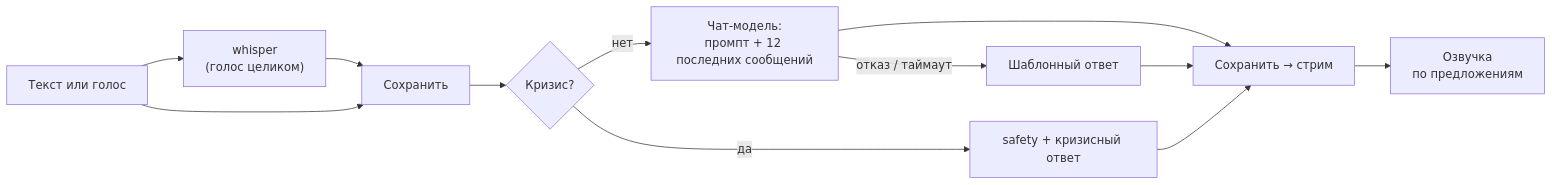
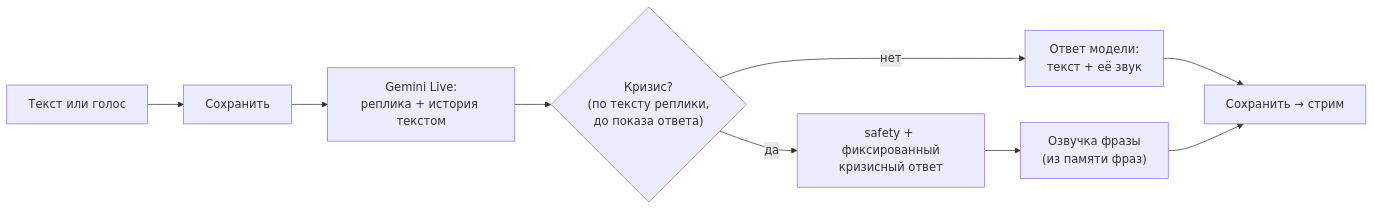
Before and after one commit to playa69/ryadom: the fourth of 4 diagrams in README.md, drawn with Mermaid. The commit also changed other lines of this file and 9 other files, not shown here.

````diff
--- a/README.md
+++ b/README.md
@@ -237,14 +239,11 @@
 ```mermaid
 flowchart LR
-  IN["Текст или голос"] --> STT["whisper<br/>(голос целиком)"]
-  STT --> SAVE["Сохранить"]
-  IN --> SAVE
-  SAVE --> CR{"Кризис?"}
-  CR -->|да| SF["safety + кризисный ответ"]
-  CR -->|нет| LLM["Чат-модель:<br/>промпт + 12 последних сообщений"]
-  LLM -->|отказ / таймаут| TPL["Шаблонный ответ"]
-  LLM --> OUT["Сохранить → стрим"]
-  TPL --> OUT
-  SF --> OUT
-  OUT --> TTS["Озвучка<br/>по предложениям"]
+  IN["Текст или голос"] --> SAVE["Сохранить"]
+  SAVE --> LIVE["Gemini Live:<br/>реплика + история текстом"]
+  LIVE --> CR{"Кризис?<br/>(по тексту реплики,<br/>до показа ответа)"}
+  CR -->|да| SF["safety + фиксированный<br/>кризисный ответ"]
+  CR -->|нет| ANS["Ответ модели:<br/>текст + её звук"]
+  SF --> TTS["Озвучка фразы<br/>(из памяти фраз)"]
+  ANS --> OUT["Сохранить → стрим"]
+  TTS --> OUT
 ```
````
